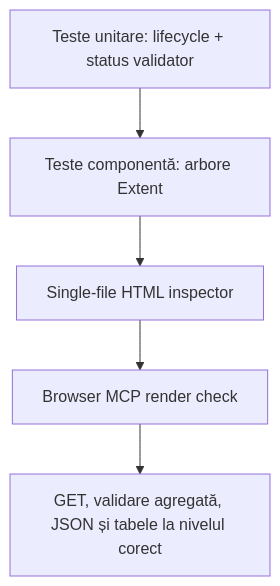
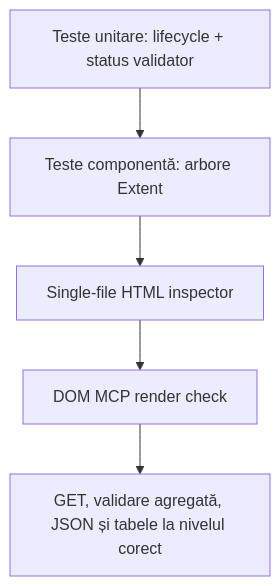
The fourth of 4 diagrams in Atf.Tests/README.md (crististefanita/CS1), drawn with Mermaid before and after one commit. The commit also changed other lines of this file and 109 other files, not shown here.

````diff
--- a/Atf.Tests/README.md
+++ b/Atf.Tests/README.md
@@ -230,7 +236,7 @@
 ```mermaid
 flowchart TD
     Unit[Teste unitare: lifecycle + status validator] --> Component[Teste componentă: arbore Extent]
     Component --> Artifact[Single-file HTML inspector]
-    Artifact --> Browser[Browser MCP render check]
-    Browser --> Evidence[GET, validare agregată, JSON și tabele la nivelul corect]
+    Artifact --> Mcp[DOM MCP render check]
+    Mcp --> Evidence[GET, validare agregată, JSON și tabele la nivelul corect]
 ```
````
